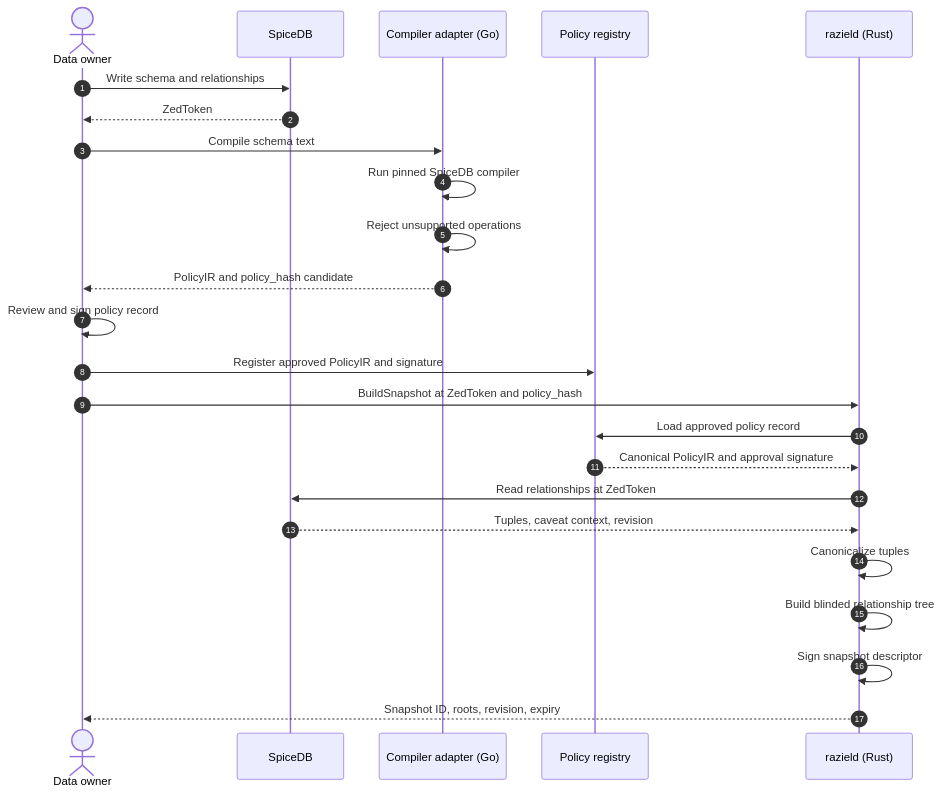
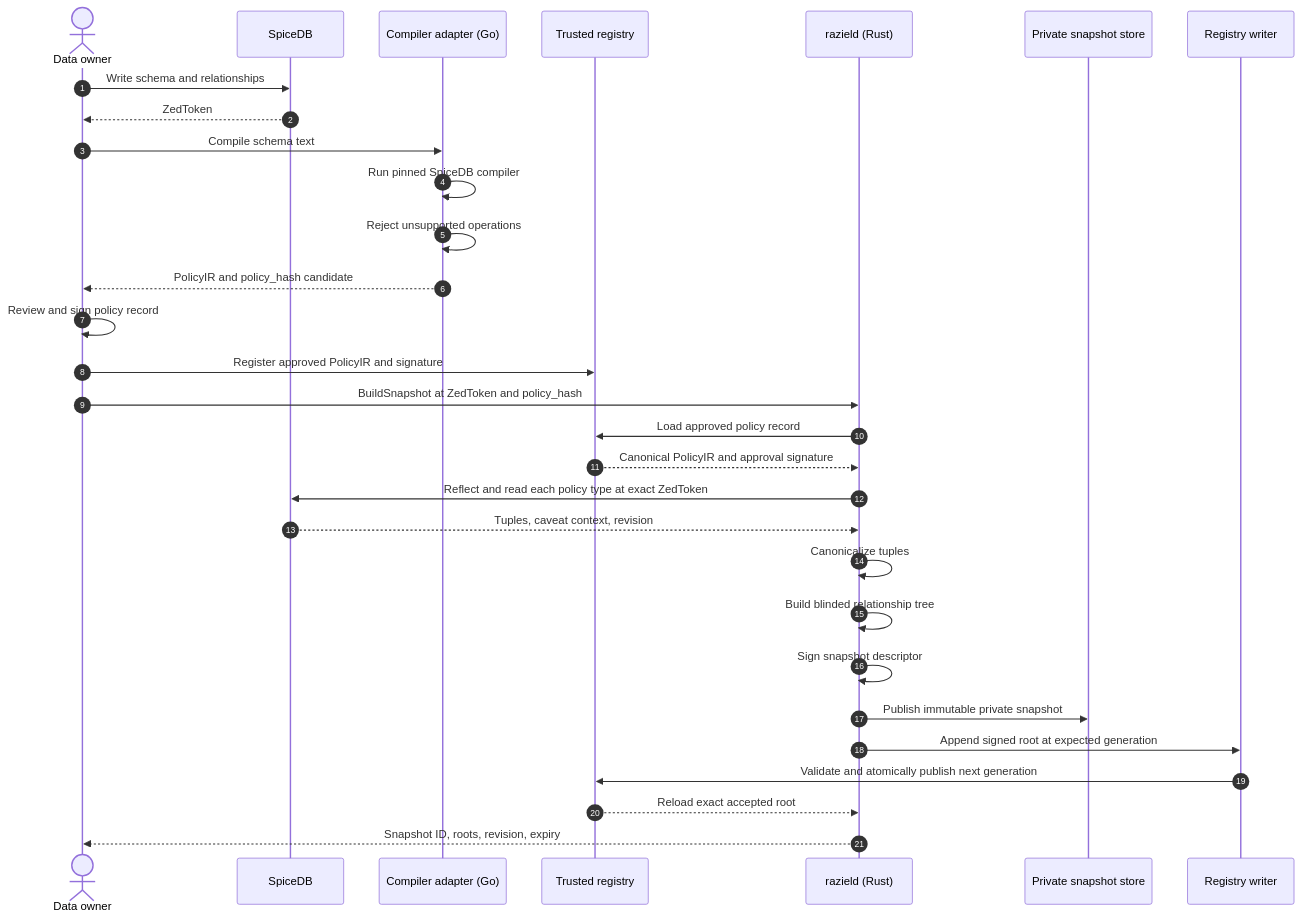
One commit to gitaalekhyapaul/hypha-backend changed the second of 3 diagrams in ARCHITECTURE.md. Above: the diagram before and after it, drawn with Mermaid. The commit also changed other lines of this file and 35 other files, not shown here.

Commit message:
feat: publish trusted relationship snapshots

````diff
--- a/ARCHITECTURE.md
+++ b/ARCHITECTURE.md
@@ -363,27 +376,33 @@
 ```mermaid
 sequenceDiagram
     autonumber
     actor O as Data owner
     participant S as SpiceDB
     participant C as Compiler adapter (Go)
-    participant P as Policy registry
+    participant P as Trusted registry
     participant R as razield (Rust)
+    participant D as Private snapshot store
+    participant W as Registry writer
 
     O->>S: Write schema and relationships
     S-->>O: ZedToken
     O->>C: Compile schema text
     C->>C: Run pinned SpiceDB compiler
     C->>C: Reject unsupported operations
     C-->>O: PolicyIR and policy_hash candidate
     O->>O: Review and sign policy record
     O->>P: Register approved PolicyIR and signature
     O->>R: BuildSnapshot at ZedToken and policy_hash
     R->>P: Load approved policy record
     P-->>R: Canonical PolicyIR and approval signature
-    R->>S: Read relationships at ZedToken
+    R->>S: Reflect and read each policy type at exact ZedToken
     S-->>R: Tuples, caveat context, revision
     R->>R: Canonicalize tuples
     R->>R: Build blinded relationship tree
     R->>R: Sign snapshot descriptor
+    R->>D: Publish immutable private snapshot
+    R->>W: Append signed root at expected generation
+    W->>P: Validate and atomically publish next generation
+    P-->>R: Reload exact accepted root
     R-->>O: Snapshot ID, roots, revision, expiry
 ```
````
